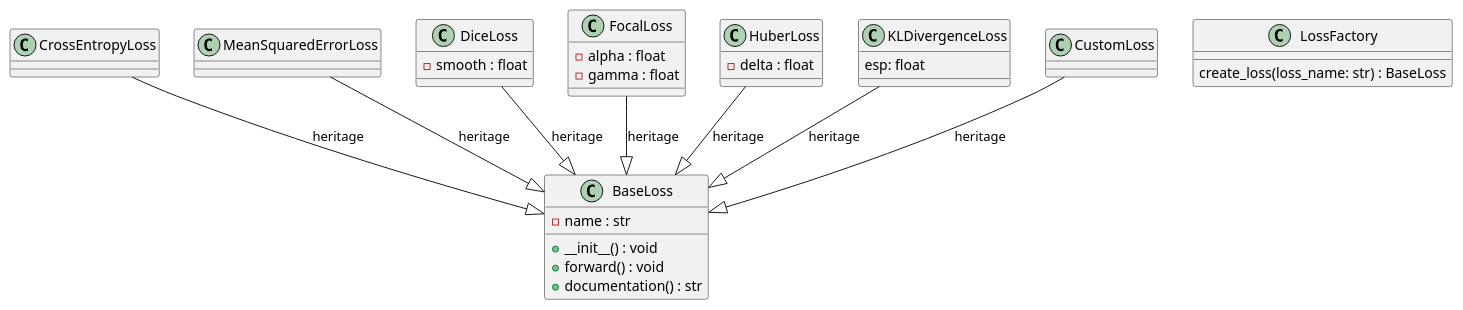
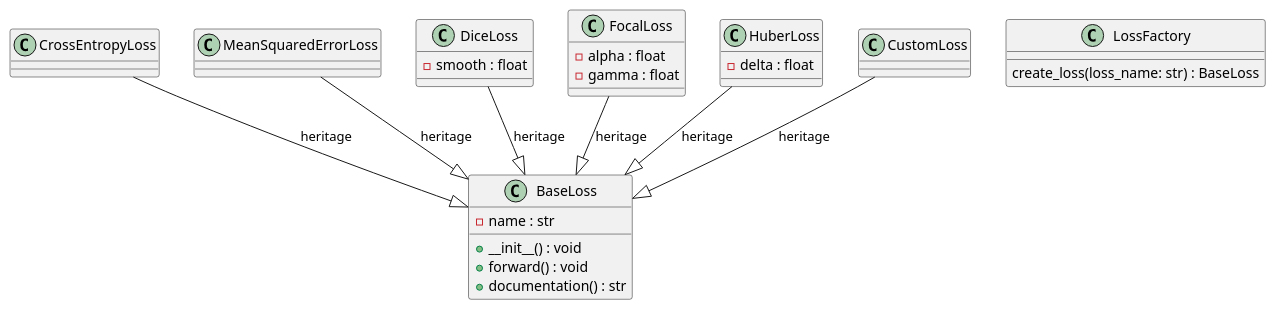
One commit to sebastien-doyez2812/OpenML-core changed the diagram in docs/loss.iuml. Above: the diagram before and after it, drawn with PlantUML. The commit also changed 2 other files, not shown here.

```diff
--- a/docs/loss.iuml
+++ b/docs/loss.iuml
@@ -1,47 +1,42 @@
 @startuml
 
 class BaseLoss  {
   - name : str
   + __init__() : void
   + forward() : void
   + documentation() : str
 }
 
 class CrossEntropyLoss {
 }
 
 class MeanSquaredErrorLoss {
 }
 
 class DiceLoss {
     - smooth : float
 }
 
 class FocalLoss {
     - alpha : float
     - gamma : float
 }
 
 class HuberLoss {
     - delta : float
 }
 
-class KLDivergenceLoss {
-    esp: float
-}
-
 class CustomLoss {}
 
 CustomLoss --|> BaseLoss : heritage
 CrossEntropyLoss --|> BaseLoss : heritage
 MeanSquaredErrorLoss --|> BaseLoss : heritage
 DiceLoss --|> BaseLoss : heritage
 FocalLoss --|> BaseLoss : heritage
 HuberLoss --|> BaseLoss : heritage
-KLDivergenceLoss --|> BaseLoss : heritage
 
 class LossFactory {
     create_loss(loss_name: str) : BaseLoss
 }
 
 @enduml
```
